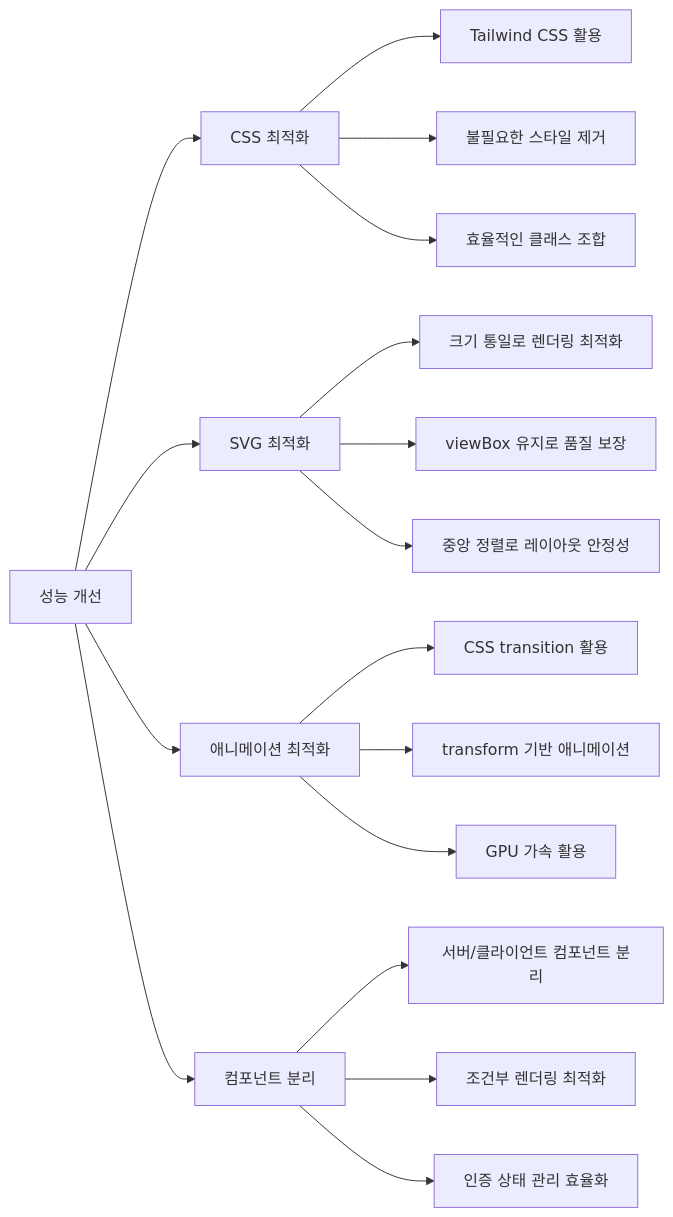
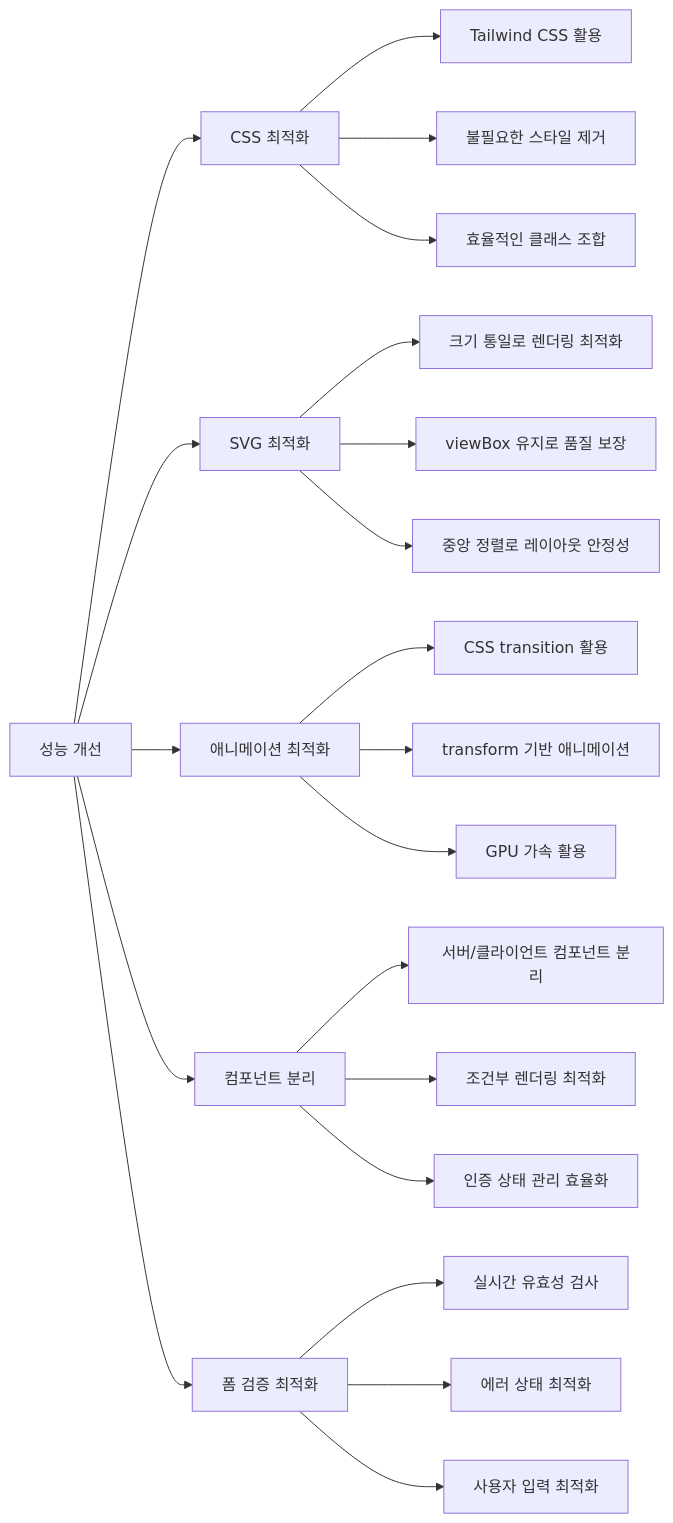
The sixth of 7 diagrams in docs/worklog/20250902_UI_컴포넌트_개선_및_사용자_경험_향상.md (cheesepizza453/move_togaether), drawn with Mermaid before and after one commit. The commit also changed other lines of this file and 6 other files, not shown here.

Commit message:
회원가입 시스템 구현: 기본 정보 및 추가 정보 입력 페이지 추가, 비밀번호 유효성 검사 및 실시간 상태 표시 기능 구현. 로그인 페이지에 회원가입 성공 메시지 표시 기능 추가. 레이아웃 구조 최적화 및 조건부 렌더링 적용으로 사용자 경험 향상.

````diff
--- a/docs/worklog/20250902_UI_컴포넌트_개선_및_사용자_경험_향상.md
+++ b/docs/worklog/20250902_UI_컴포넌트_개선_및_사용자_경험_향상.md
@@ -297,23 +409,28 @@
 ```mermaid
 graph LR
     A[성능 개선] --> B[CSS 최적화]
     A --> C[SVG 최적화]
     A --> D[애니메이션 최적화]
     A --> E[컴포넌트 분리]
+    A --> F[폼 검증 최적화]
 
     B --> B1[Tailwind CSS 활용]
     B --> B2[불필요한 스타일 제거]
     B --> B3[효율적인 클래스 조합]
 
     C --> C1[크기 통일로 렌더링 최적화]
     C --> C2[viewBox 유지로 품질 보장]
     C --> C3[중앙 정렬로 레이아웃 안정성]
 
     D --> D1[CSS transition 활용]
     D --> D2[transform 기반 애니메이션]
     D --> D3[GPU 가속 활용]
 
     E --> E1[서버/클라이언트 컴포넌트 분리]
     E --> E2[조건부 렌더링 최적화]
     E --> E3[인증 상태 관리 효율화]
+
+    F --> F1[실시간 유효성 검사]
+    F --> F2[에러 상태 최적화]
+    F --> F3[사용자 입력 최적화]
 ```
````
